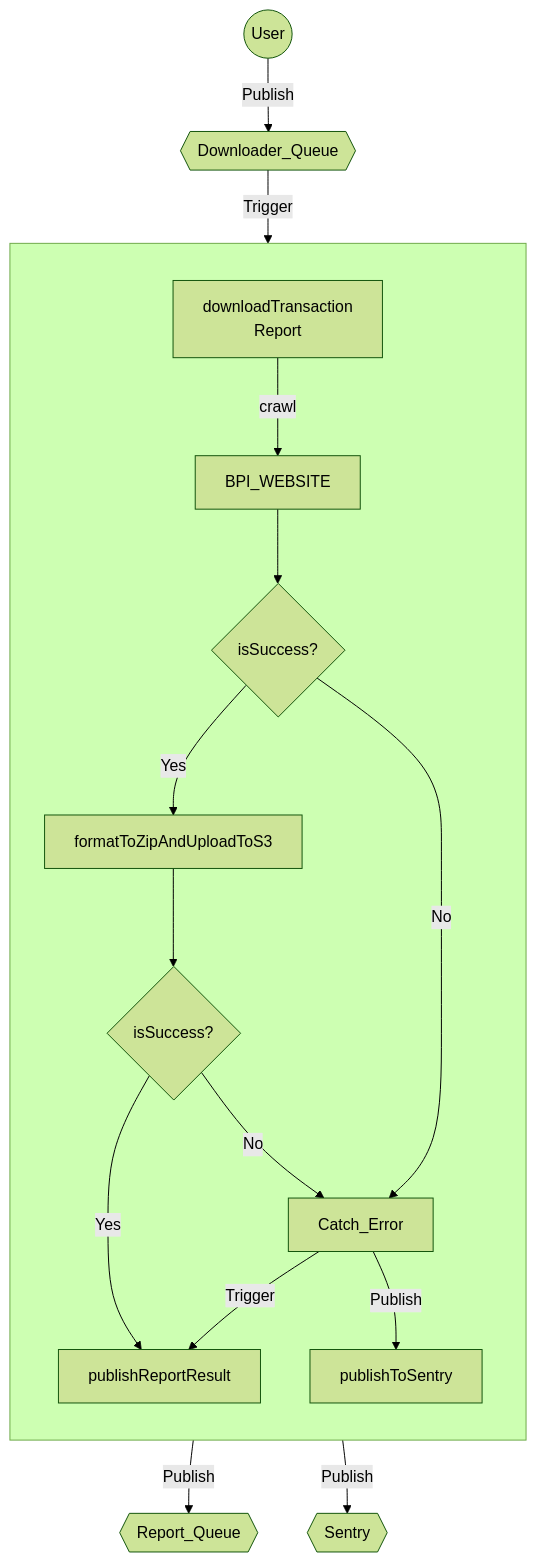
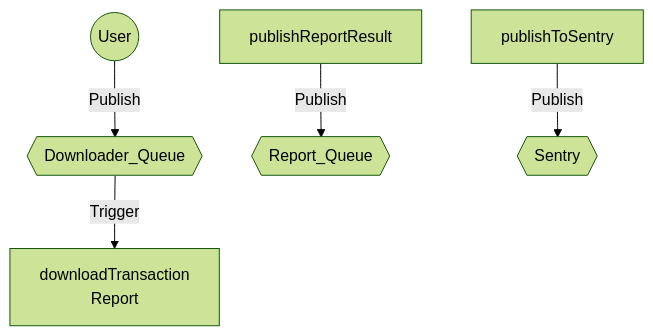
The diagram in README.md (reyapr/mermaid-playground), drawn with Mermaid (forest theme) before and after one commit.

````diff
--- a/README.md
+++ b/README.md
@@ -7,25 +7,10 @@
 ```mermaid
     flowchart TB
     User((User)) -- Publish --> Downloader_Queue
     Downloader_Queue{{Downloader_Queue}} -- Trigger --> downloadTransaction\nReport
-    
-    subgraph BPI_Controller[" "]
-        direction TB
-        downloadTransaction\nReport --> |crawl| BPI_WEBSITE
-        BPI_WEBSITE --> crawling{isSuccess?}
-        
-        crawling -- Yes --> formatToZipAndUploadToS3
-        crawling -- No --> Catch_Error
-        
-        formatToZipAndUploadToS3 --> uploaded{isSuccess?}
-        uploaded -- Yes --> publishReportResult
-        
-        uploaded -- No --> Catch_Error
-        Catch_Error -- Trigger --> publishReportResult
-        Catch_Error -- Publish --> publishToSentry
-    end
+  
     
     publishReportResult -- Publish --> Report_Queue{{Report_Queue}}
     publishToSentry -- Publish --> Sentry{{Sentry}}
 
 ```
````
